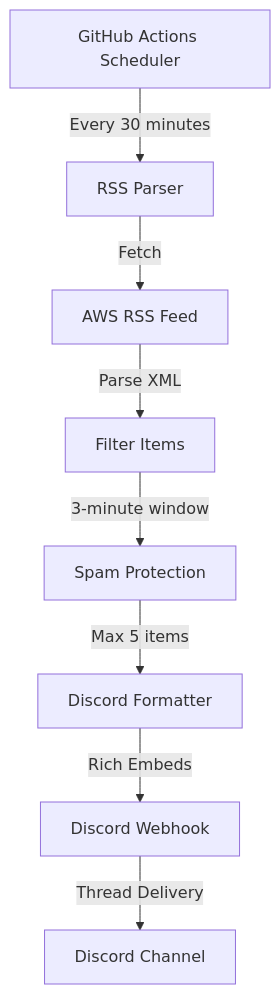
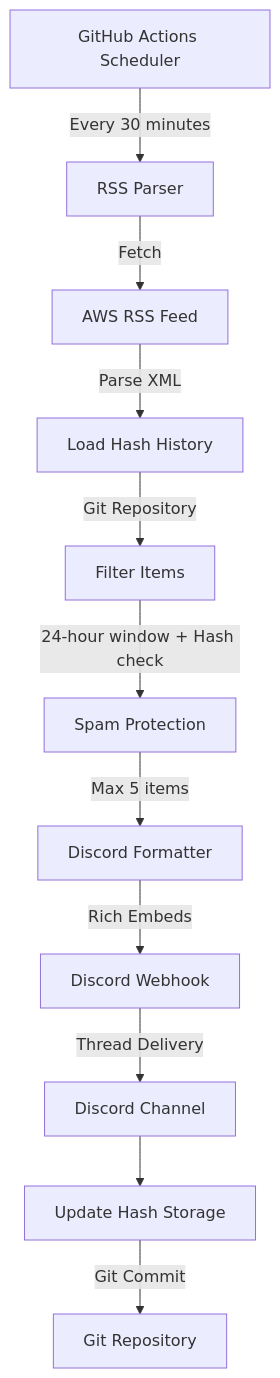
One commit to tskrailerkm/aws-discord-notifier changed the diagram in README.md. Above: the diagram before and after it, drawn with Mermaid. The commit also changed other lines of this file, not shown here.

````diff
--- a/README.md
+++ b/README.md
@@ -141,10 +152,13 @@
 ```mermaid
 graph TD
     A[GitHub Actions Scheduler] -->|Every 30 minutes| B[RSS Parser]
     B -->|Fetch| C[AWS RSS Feed]
-    C -->|Parse XML| D[Filter Items]
-    D -->|3-minute window| E[Spam Protection]
-    E -->|Max 5 items| F[Discord Formatter]
-    F -->|Rich Embeds| G[Discord Webhook]
-    G -->|Thread Delivery| H[Discord Channel]
+    C -->|Parse XML| D[Load Hash History]
+    D -->|Git Repository| E[Filter Items]
+    E -->|24-hour window + Hash check| F[Spam Protection]
+    F -->|Max 5 items| G[Discord Formatter]
+    G -->|Rich Embeds| H[Discord Webhook]
+    H -->|Thread Delivery| I[Discord Channel]
+    I --> J[Update Hash Storage]
+    J -->|Git Commit| K[Git Repository]
 ```
````
